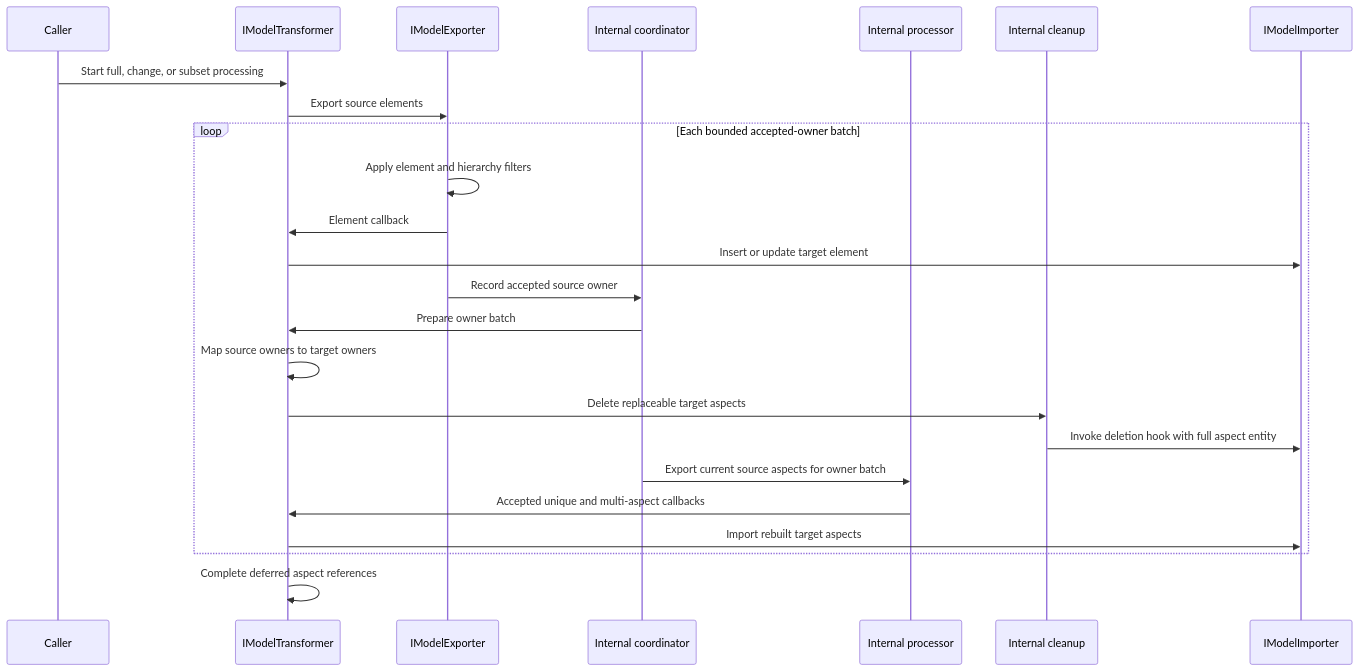
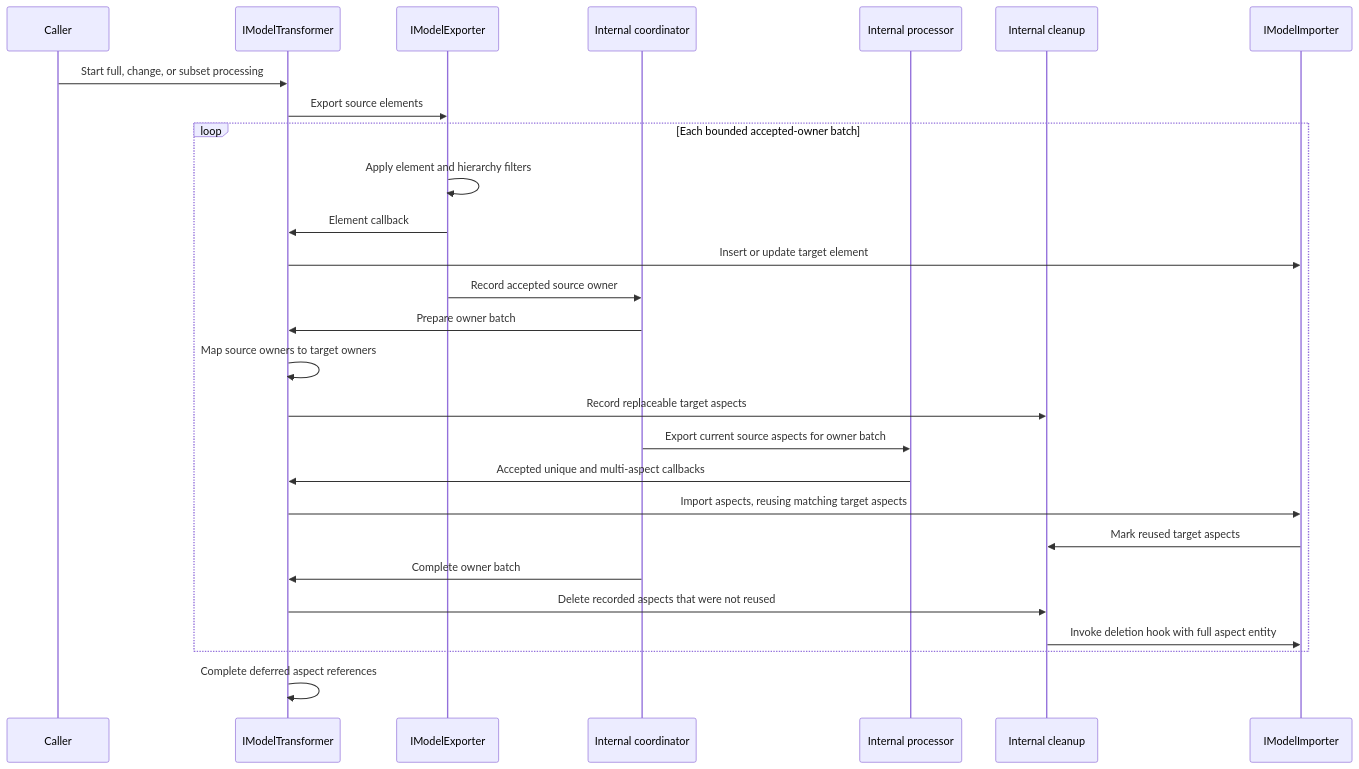
The second of 2 diagrams in docs/learning/transformer/element-aspect-processing.md (iTwin/imodel-transformer), drawn with Mermaid before and after one commit. The commit also changed other lines of this file and 11 other files, not shown here.

````diff
--- a/docs/learning/transformer/element-aspect-processing.md
+++ b/docs/learning/transformer/element-aspect-processing.md
@@ -36,29 +36,32 @@
 ```mermaid
 sequenceDiagram
     participant C as Caller
     participant T as IModelTransformer
     participant E as IModelExporter
     participant CO as Internal coordinator
     participant P as Internal processor
     participant CL as Internal cleanup
     participant I as IModelImporter
 
     C->>T: Start full, change, or subset processing
     T->>E: Export source elements
 
     loop Each bounded accepted-owner batch
         E->>E: Apply element and hierarchy filters
         E->>T: Element callback
         T->>I: Insert or update target element
         E->>CO: Record accepted source owner
         CO->>T: Prepare owner batch
         T->>T: Map source owners to target owners
-        T->>CL: Delete replaceable target aspects
-        CL->>I: Invoke deletion hook with full aspect entity
+        T->>CL: Record replaceable target aspects
         CO->>P: Export current source aspects for owner batch
         P->>T: Accepted unique and multi-aspect callbacks
-        T->>I: Import rebuilt target aspects
+        T->>I: Import aspects, reusing matching target aspects
+        I->>CL: Mark reused target aspects
+        CO->>T: Complete owner batch
+        T->>CL: Delete recorded aspects that were not reused
+        CL->>I: Invoke deletion hook with full aspect entity
     end
 
     T->>T: Complete deferred aspect references
 ```
````
